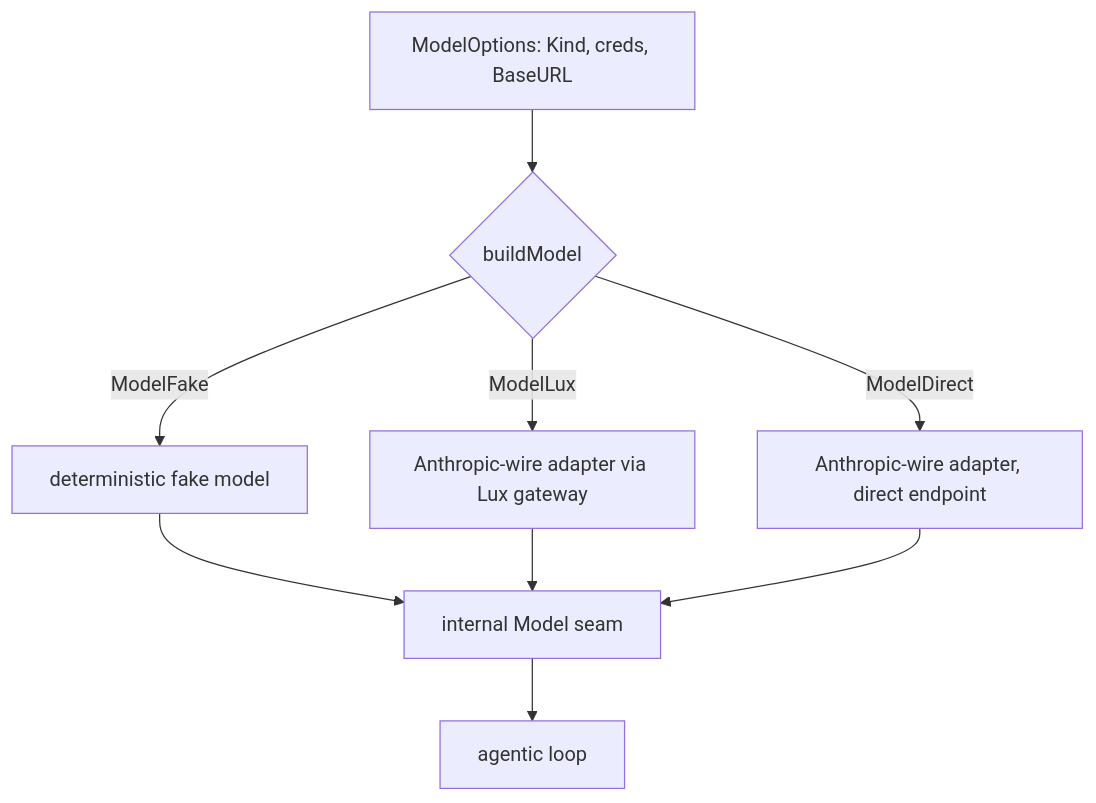
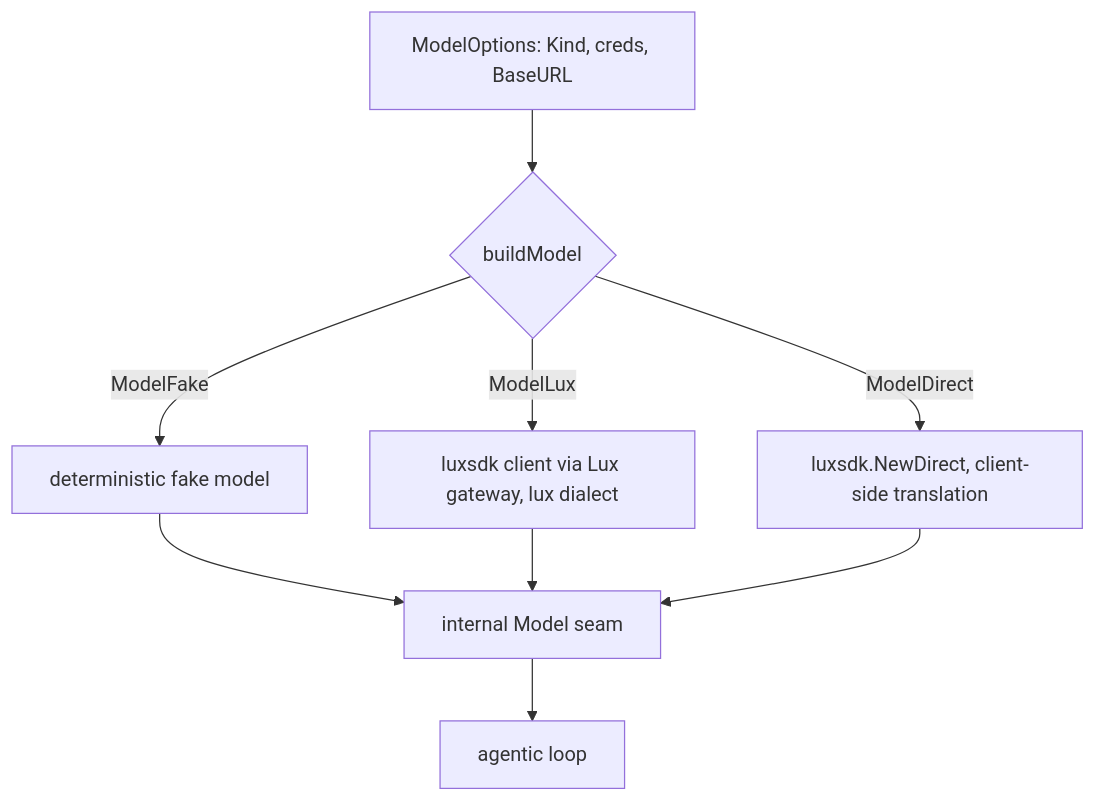
Before and after one commit to latere-ai/topos: the diagram in specs/runtime/model-connection.md, drawn with Mermaid. The commit also changed other lines of this file and 1 other file, not shown here.

Commit message:
specs: reconcile model-connection and agentic-loop with the luxsdk migration

````diff
--- a/specs/runtime/model-connection.md
+++ b/specs/runtime/model-connection.md
@@ -56,11 +59,11 @@
 ```mermaid
 graph TD
   opts[ModelOptions: Kind, creds, BaseURL] --> build{buildModel}
   build -->|ModelFake| fake[deterministic fake model]
-  build -->|ModelLux| lux[Anthropic-wire adapter via Lux gateway]
-  build -->|ModelDirect| direct[Anthropic-wire adapter, direct endpoint]
+  build -->|ModelLux| lux[luxsdk client via Lux gateway, lux dialect]
+  build -->|ModelDirect| direct[luxsdk.NewDirect, client-side translation]
   fake --> seam[internal Model seam]
   lux --> seam
   direct --> seam
   seam --> loop[agentic loop]
 ```
````
